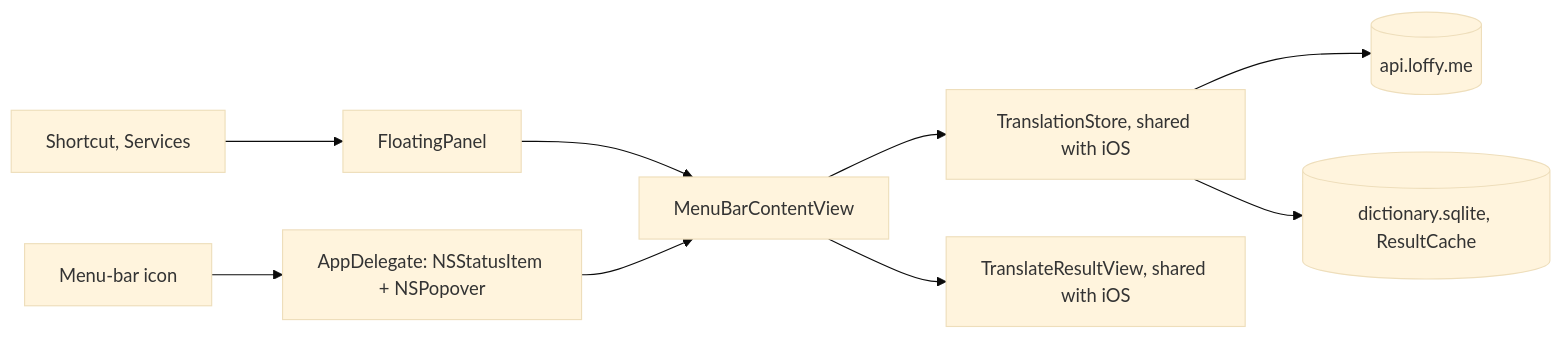
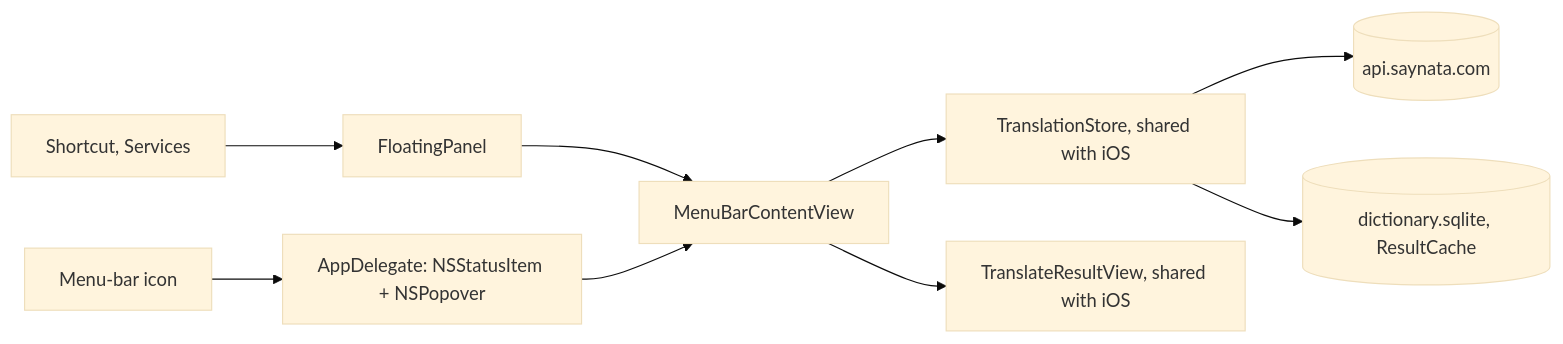
One commit to tranphuocloc070699/saynata changed the diagram in backlog/docs/features/doc-20 - Mac-app.md. Above: the diagram before and after it, drawn with Mermaid (base theme). The commit also changed other lines of this file and 50 other files, not shown here.

Commit message:
TASK-104: switch the code from loffy.me to saynata.com

````diff
--- a/backlog/docs/features/doc-20 - Mac-app.md
+++ b/backlog/docs/features/doc-20 - Mac-app.md
@@ -21,11 +21,11 @@
 ```mermaid
 flowchart LR
     I[Menu-bar icon] --> D[AppDelegate: NSStatusItem + NSPopover]
     K[Shortcut, Services] --> P[FloatingPanel]
     P --> V
     D --> V[MenuBarContentView]
     V --> S[TranslationStore, shared with iOS]
     V --> R[TranslateResultView, shared with iOS]
-    S --> B[(api.loffy.me)]
+    S --> B[(api.saynata.com)]
     S --> L[(dictionary.sqlite, ResultCache)]
 ```
````
